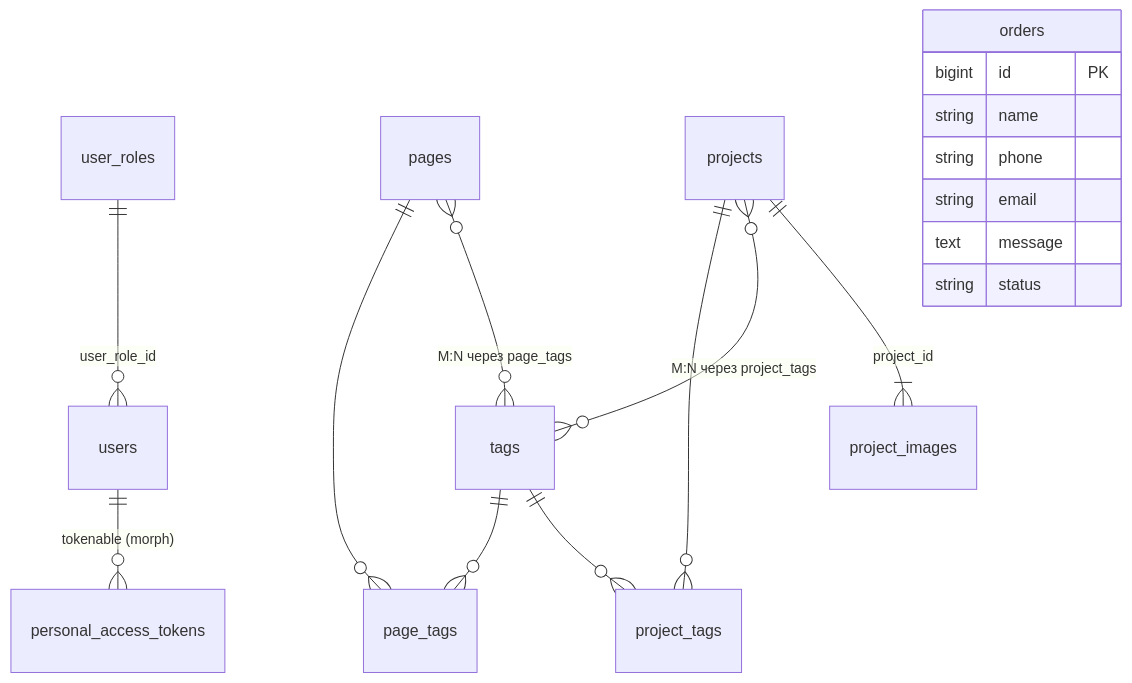
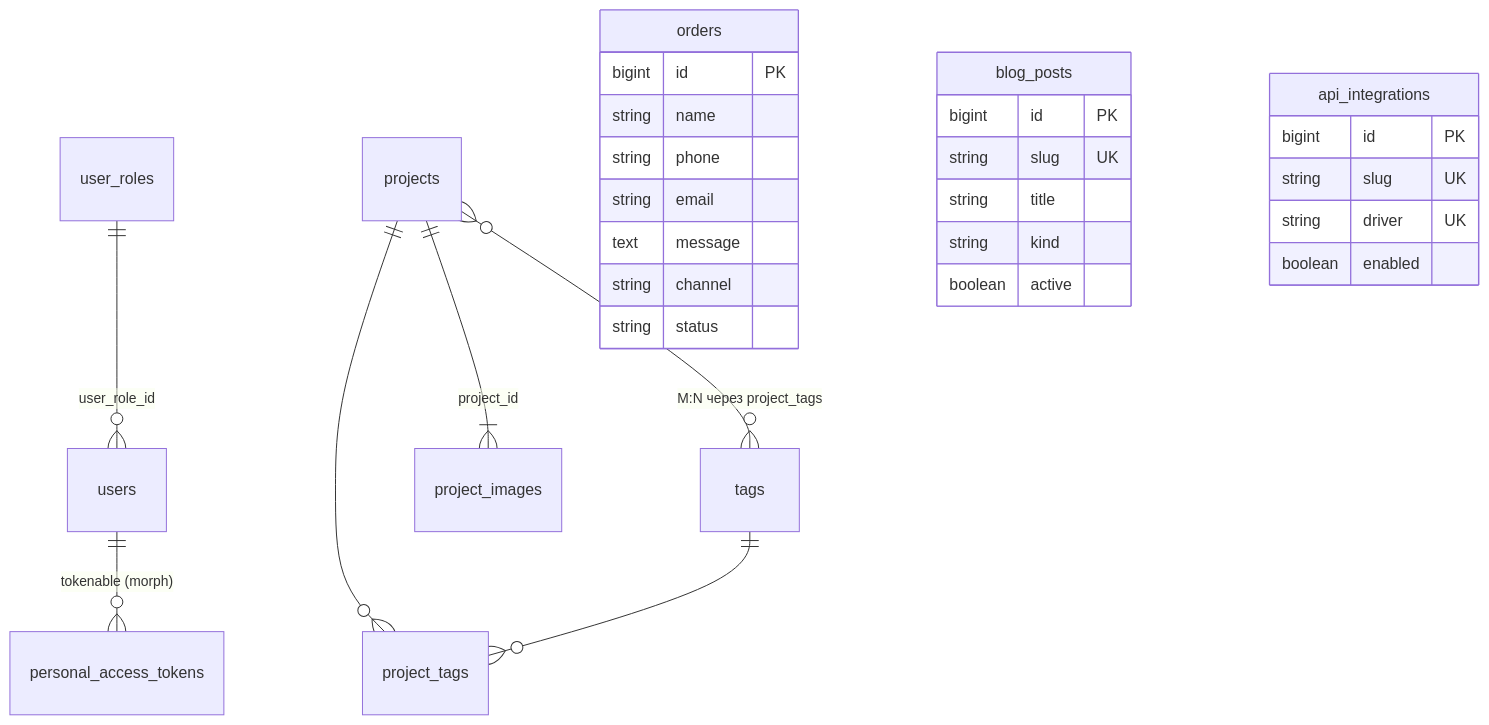
Before and after one commit to AleksanderKhatkov9/nexora2026: the first of 2 diagrams in Docx/DB.md, drawn with Mermaid. The commit also changed other lines of this file and 34 other files, not shown here.

Commit message:
feat(docker, docs): update docker-compose to expose port 5173 for frontend; enhance DB documentation with new blog_posts and api_integrations tables, and improve README with quick start instructions and project structure details

````diff
--- a/Docx/DB.md
+++ b/Docx/DB.md
@@ -23,24 +24,36 @@
 ```mermaid
 erDiagram
     user_roles ||--o{ users : "user_role_id"
     users ||--o{ personal_access_tokens : "tokenable (morph)"
-
-    pages ||--o{ page_tags : ""
-    tags ||--o{ page_tags : ""
-    pages }o--o{ tags : "M:N через page_tags"
 
     projects ||--o{ project_tags : ""
     tags ||--o{ project_tags : ""
     projects }o--o{ tags : "M:N через project_tags"
 
     projects ||--|{ project_images : "project_id"
 
     orders {
         bigint id PK
         string name
         string phone
         string email
         text message
+        string channel
         string status
     }
+
+    blog_posts {
+        bigint id PK
+        string slug UK
+        string title
+        string kind
+        boolean active
+    }
+
+    api_integrations {
+        bigint id PK
+        string slug UK
+        string driver UK
+        boolean enabled
+    }
 ```
````
